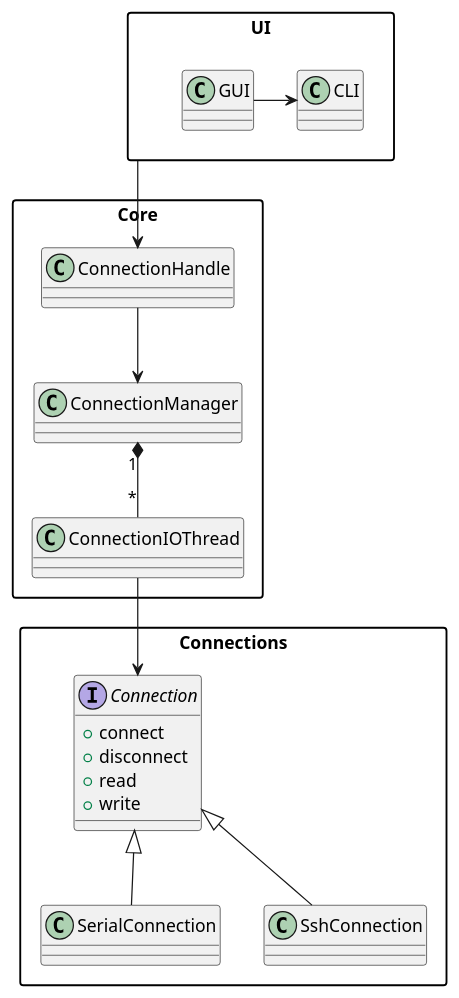
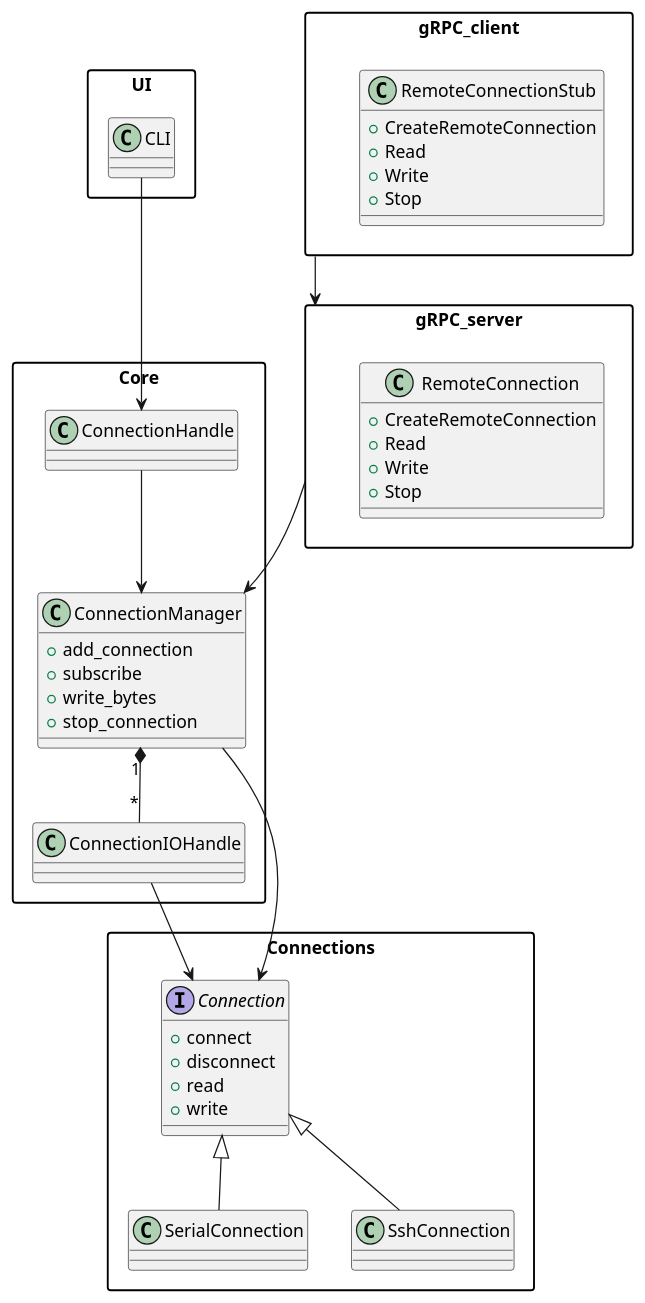
One commit to simon-rechermann/putty_rs_async changed the diagram in docs/puml/arch_level2.puml. Above: the diagram before and after it, drawn with PlantUML. The commit also changed 3 other files, not shown here.

```diff
--- a/docs/puml/arch_level2.puml
+++ b/docs/puml/arch_level2.puml
@@ -1,38 +1,63 @@
 @startuml ArchLevel2
 
 allowmixing
 
 skinparam packageStyle rectangle
 skinparam packageBackgroundColor White
 
 package UI {
     class CLI
-    class GUI
-    GUI -> CLI
+}
+
+package gRPC_server {
+    class RemoteConnection {
+        + CreateRemoteConnection
+        + Read
+        + Write
+        + Stop
+    }
+}
+
+package gRPC_client {
+    class RemoteConnectionStub {
+        + CreateRemoteConnection
+        + Read
+        + Write
+        + Stop
+    }
 }
 
 package Core {
     class ConnectionHandle
-    class ConnectionIOThread
+    class ConnectionIOHandle
     class ConnectionManager
+     {
+        + add_connection
+        + subscribe
+        + write_bytes
+        + stop_connection
+    }
     ConnectionHandle --> ConnectionManager
-    ConnectionManager "1" *-- "*" ConnectionIOThread
+    ConnectionManager "1" *-- "*" ConnectionIOHandle
 }
 
 package Connections {
     interface Connection {
         + connect
         + disconnect
         + read
         + write
     }
     class SerialConnection {}
     class SshConnection {}
     Connection <|-- SerialConnection
     Connection <|-- SshConnection
 }
 
-UI --> ConnectionHandle
-ConnectionIOThread --> Connection
+CLI --> ConnectionHandle
+gRPC_client --> gRPC_server
+gRPC_server --> ConnectionManager
+ConnectionIOHandle --> Connection
+ConnectionManager --> Connection
 
 @enduml
```
